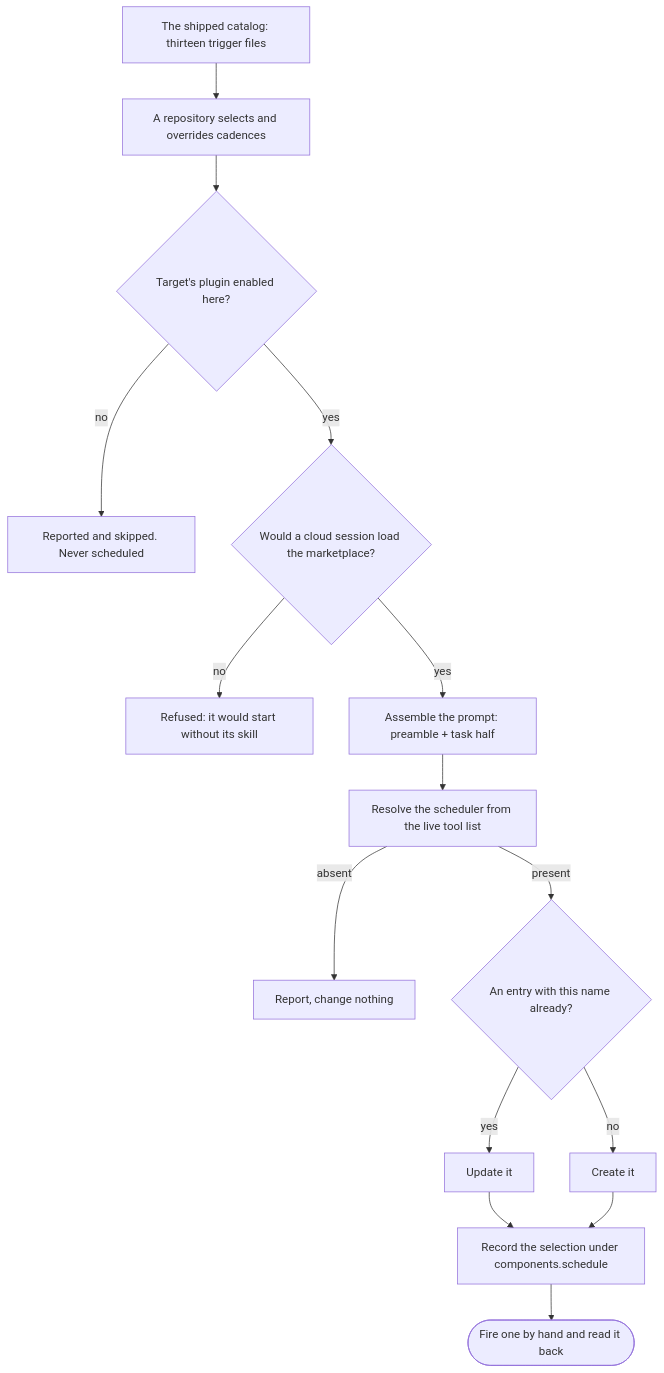
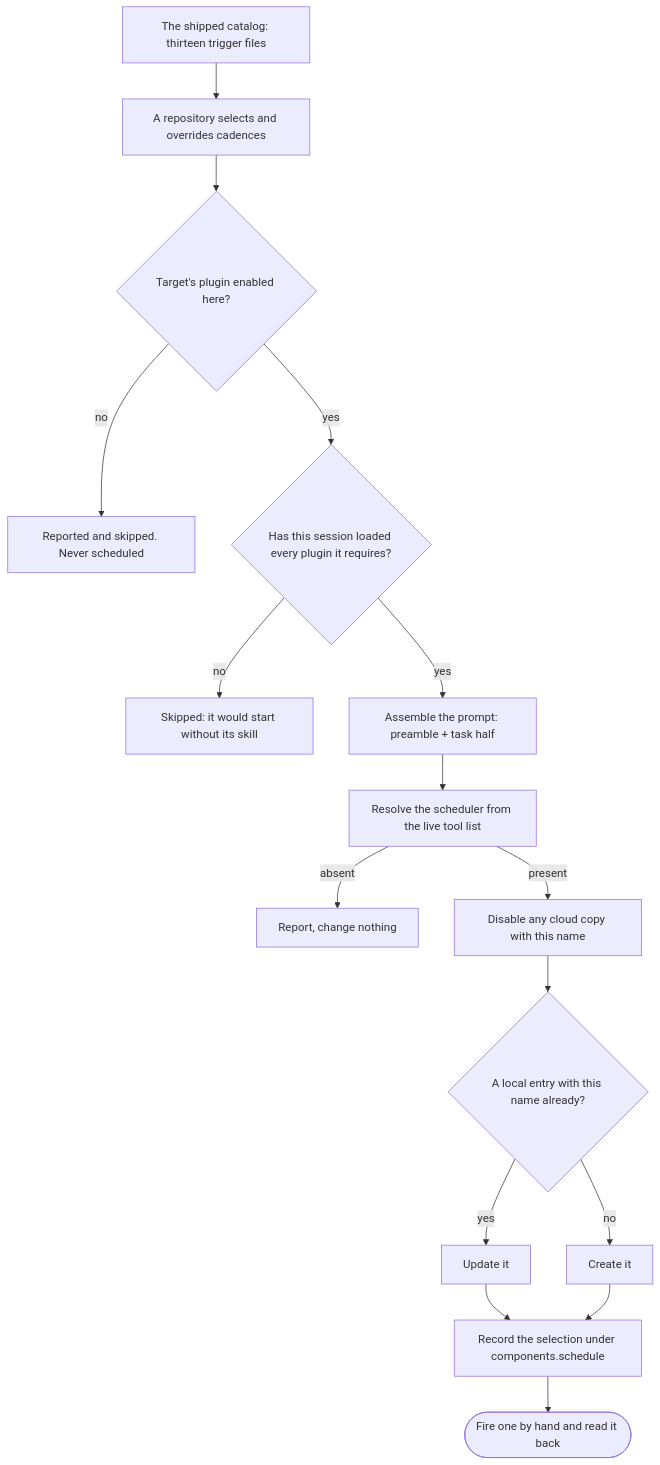
Before and after one commit to JSdotNet/ai-agent-stack: the second of 3 diagrams in .devbook/arc42/building-blocks/delivery-schedule.md, drawn with Mermaid. The commit also changed other lines of this file and 26 other files, not shown here.

First line of the commit message:
delivery-schedule: every schedule is a local routine, never a cloud session

````diff
--- a/.devbook/arc42/building-blocks/delivery-schedule.md
+++ b/.devbook/arc42/building-blocks/delivery-schedule.md
@@ -551,17 +556,18 @@
 ```mermaid
 flowchart TD
     catalog["The shipped catalog: thirteen trigger files"] --> select["A repository selects and overrides cadences"]
     select --> enabled{"Target's plugin enabled here?"}
     enabled -->|no| skipped["Reported and skipped. Never scheduled"]
-    enabled -->|yes| settings{"Would a cloud session load the marketplace?"}
-    settings -->|no| refused["Refused: it would start without its skill"]
-    settings -->|yes| assemble["Assemble the prompt: preamble + task half"]
+    enabled -->|yes| loaded{"Has this session loaded every plugin it requires?"}
+    loaded -->|no| refused["Skipped: it would start without its skill"]
+    loaded -->|yes| assemble["Assemble the prompt: preamble + task half"]
     assemble --> resolve["Resolve the scheduler from the live tool list"]
     resolve -->|absent| noop["Report, change nothing"]
-    resolve -->|present| match{"An entry with this name already?"}
+    resolve -->|present| retire["Disable any cloud copy with this name"]
+    retire --> match{"A local entry with this name already?"}
     match -->|yes| update["Update it"]
     match -->|no| create["Create it"]
     update --> stamp["Record the selection under components.schedule"]
     create --> stamp
     stamp --> prove(["Fire one by hand and read it back"])
 ```
````
